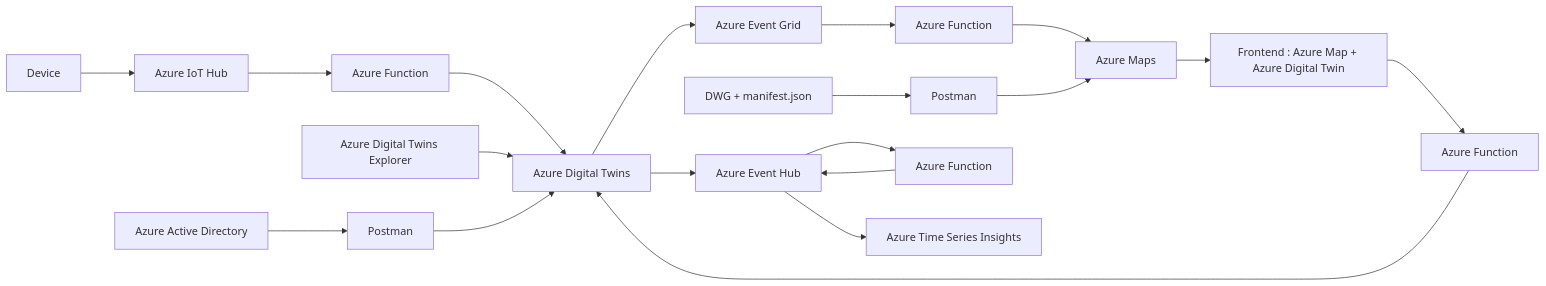
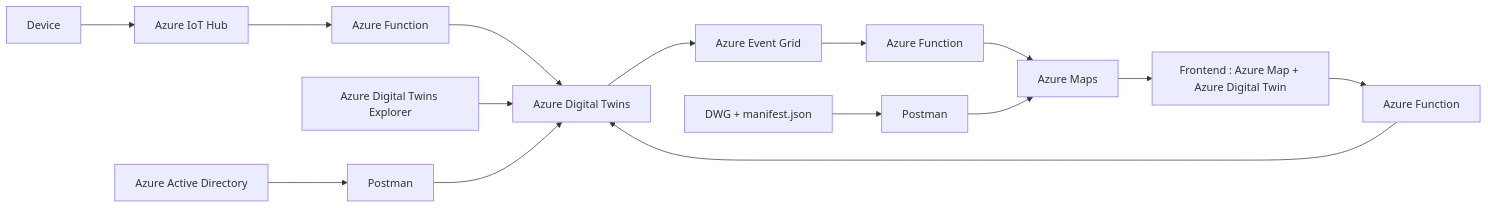
One commit to ArcherHuang/Examples-of-Azure-Digital-Twins changed the diagram in README.md. Above: the diagram before and after it, drawn with Mermaid.

````diff
--- a/README.md
+++ b/README.md
@@ -20,14 +20,13 @@
 ```mermaid
 flowchart LR
   A[Device] --> B[Azure IoT Hub]
   B --> C[Azure Function]
   C --> D[Azure Digital Twins]
   D --> E[Azure Event Grid] --> L[Azure Function] --> F[Azure Maps]
   G[Frontend : Azure Map + Azure Digital Twin] --> H[Azure Function]
   H --> D
   I[Azure Digital Twins Explorer] --> D
   J[DWG + manifest.json] --> K[Postman]--> F
   F --> G
   N[Azure Active Directory] --> M[Postman] --> D
-  D --> O[Azure Event Hub] --> P[Azure Function] --> O --> Q[Azure Time Series Insights]
 ```
````
